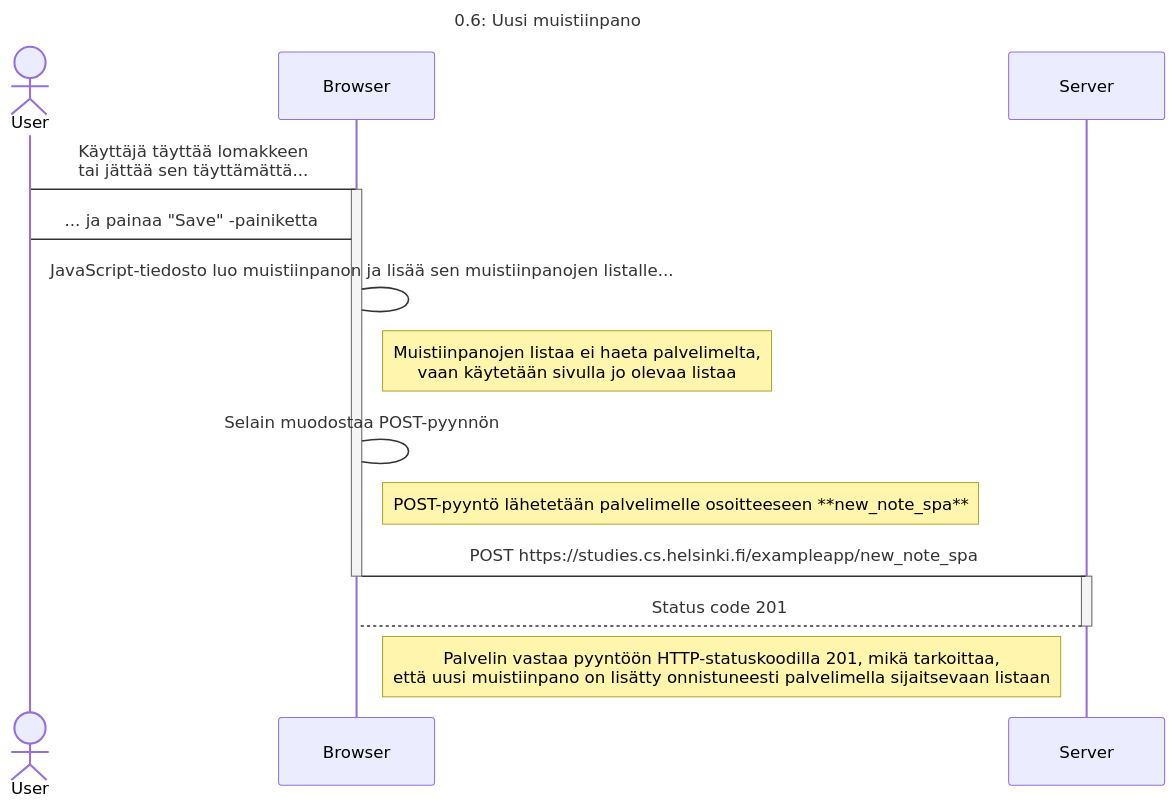
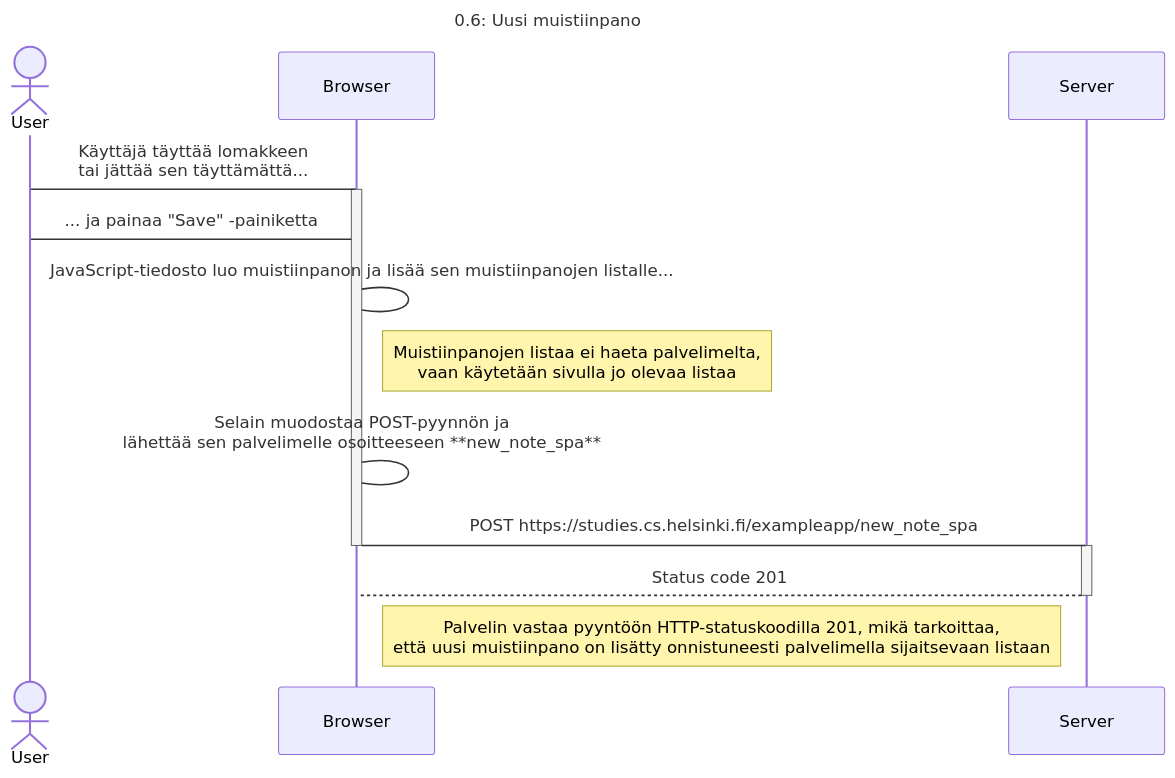
Before and after one commit to JuriHajainen/fullstackopen: the diagram in osa0/0.6__Uusi_muistiinpano.md, drawn with Mermaid. The commit also changed 1 other file, not shown here.

````diff
--- a/osa0/0.6__Uusi_muistiinpano.md
+++ b/osa0/0.6__Uusi_muistiinpano.md
@@ -4,25 +4,24 @@
 ```mermaid
 
 sequenceDiagram
 
     title 0.6: Uusi muistiinpano
 
     actor User
     participant Browser
     participant Server
 
     User->Browser: Käyttäjä täyttää lomakkeen<br>tai jättää sen täyttämättä...
     activate Browser
     User->Browser: ... ja painaa "Save" -painiketta
     Browser->Browser: JavaScript-tiedosto luo muistiinpanon ja lisää sen muistiinpanojen listalle...
     note right of Browser: Muistiinpanojen listaa ei haeta palvelimelta,<br>vaan käytetään sivulla jo olevaa listaa
-    Browser->Browser:  Selain muodostaa POST-pyynnön
-    note right of Browser: POST-pyyntö lähetetään palvelimelle osoitteeseen **new_note_spa**
+    Browser->Browser:  Selain muodostaa POST-pyynnön ja<br>lähettää sen palvelimelle osoitteeseen **new_note_spa**
     Browser->Server: POST https://studies.cs.helsinki.fi/exampleapp/new_note_spa
     deactivate Browser
     activate Server
     Server-->Browser: Status code 201
     deactivate Server
     note right of Browser:Palvelin vastaa pyyntöön HTTP-statuskoodilla 201, mikä tarkoittaa,<br>että uusi muistiinpano on lisätty onnistuneesti palvelimella sijaitsevaan listaan
 
 ```
````
